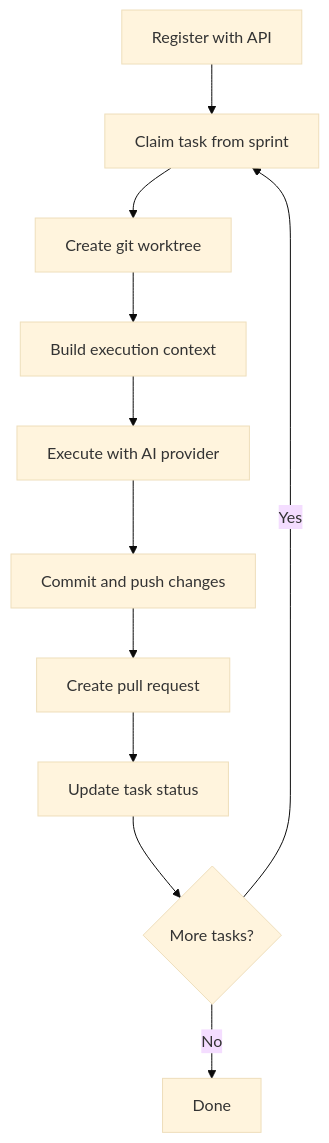
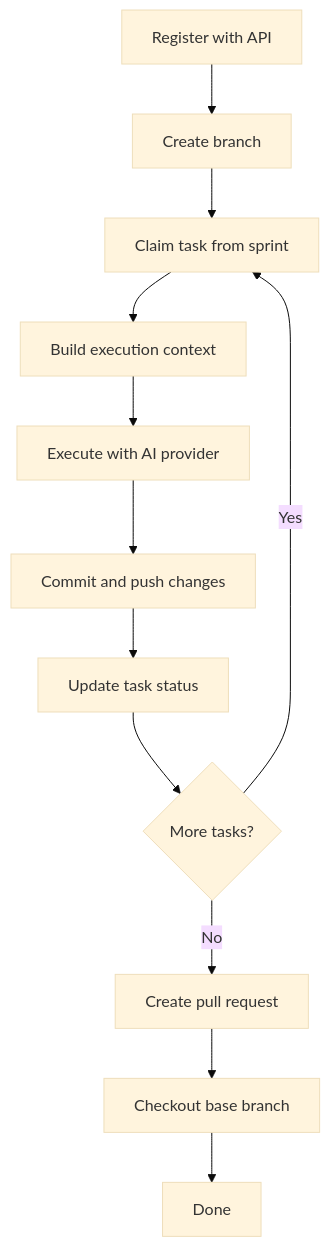
The diagram in docs/concepts/agents.md (asgarovf/locusai), drawn with Mermaid (base theme) before and after one commit. The commit also changed other lines of this file and 71 other files, not shown here.

````diff
--- a/docs/concepts/agents.md
+++ b/docs/concepts/agents.md
@@ -15,13 +15,14 @@
 ```mermaid
 flowchart TD
-    A[Register with API] --> B[Claim task from sprint]
-    B --> C[Create git worktree]
+    A[Register with API] --> B[Create branch]
+    B --> C[Claim task from sprint]
     C --> D[Build execution context]
     D --> E[Execute with AI provider]
     E --> F[Commit and push changes]
-    F --> G[Create pull request]
-    G --> H[Update task status]
-    H --> I{More tasks?}
-    I -->|Yes| B
-    I -->|No| J[Done]
+    F --> G[Update task status]
+    G --> H{More tasks?}
+    H -->|Yes| C
+    H -->|No| I[Create pull request]
+    I --> J[Checkout base branch]
+    J --> K[Done]
 ```
````
